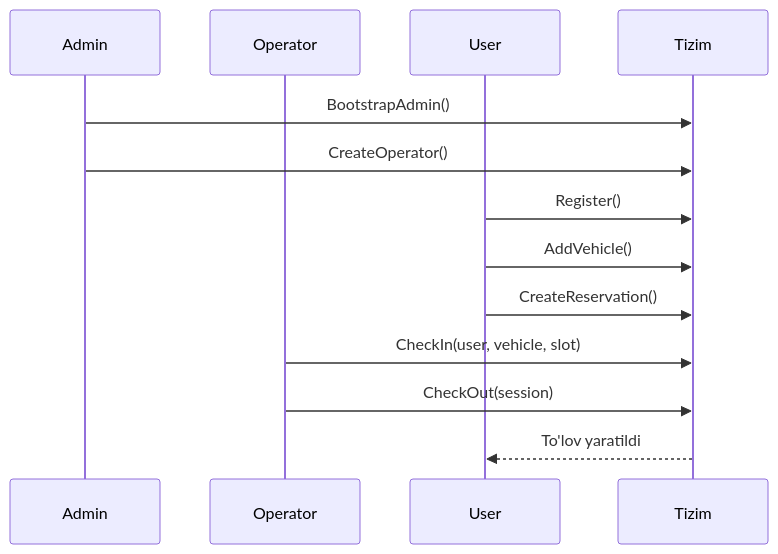
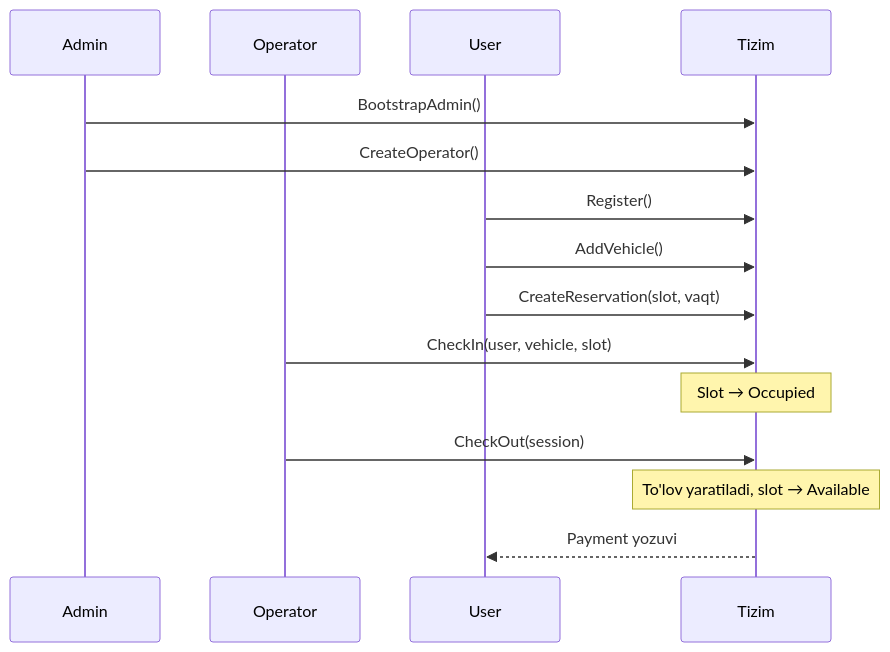
Before and after one commit to abd1bayev/Parking_tizimi_C-_PBL_2: the second of 2 diagrams in README.md, drawn with Mermaid. The commit also changed other lines of this file, not shown here.

````diff
--- a/README.md
+++ b/README.md
@@ -234,16 +507,18 @@
 ```mermaid
 sequenceDiagram
     participant A as Admin
     participant O as Operator
     participant U as User
     participant S as Tizim
 
     A->>S: BootstrapAdmin()
     A->>S: CreateOperator()
     U->>S: Register()
     U->>S: AddVehicle()
-    U->>S: CreateReservation()
+    U->>S: CreateReservation(slot, vaqt)
     O->>S: CheckIn(user, vehicle, slot)
+    Note over S: Slot → Occupied
     O->>S: CheckOut(session)
-    S-->>U: To'lov yaratildi
+    Note over S: To'lov yaratiladi, slot → Available
+    S-->>U: Payment yozuvi
 ```
````
